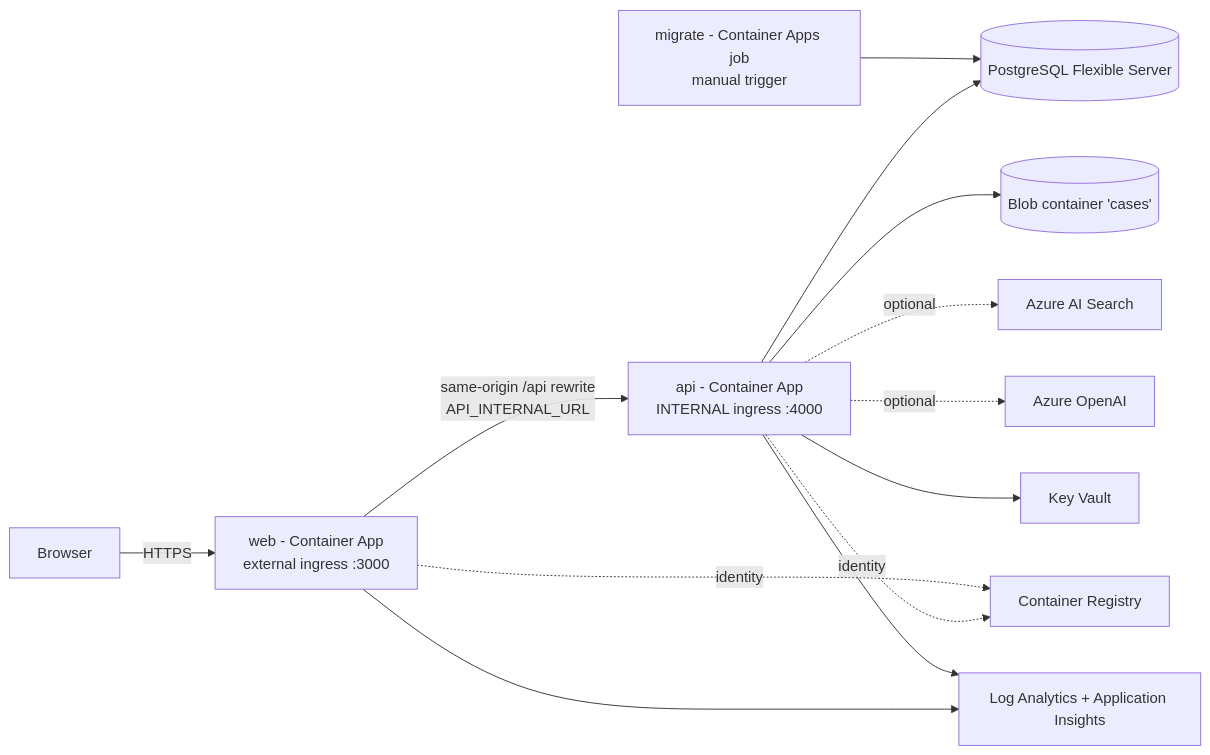
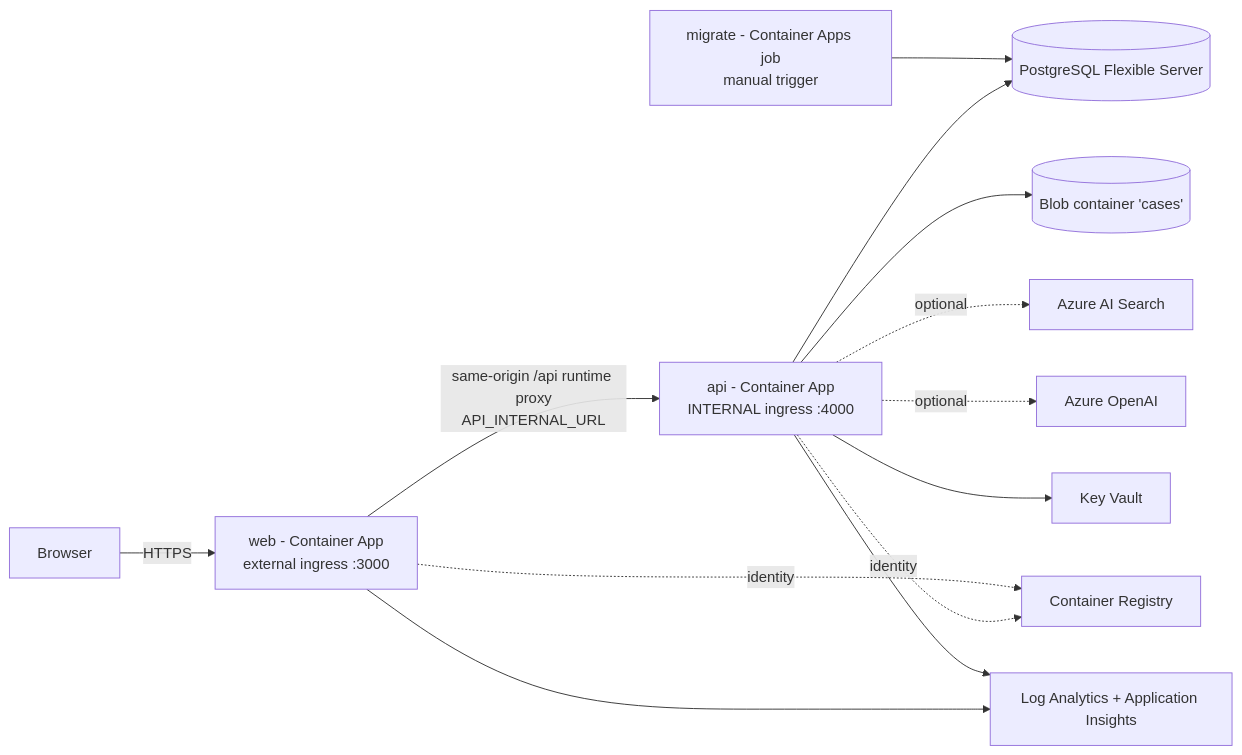
The diagram in docs/DEPLOYMENT.md (snowjug/CaseGuard-Ai), drawn with Mermaid before and after one commit. The commit also changed other lines of this file and 24 other files, not shown here.

First line of the commit message:
docs: add architecture, data model, security, privacy, AI and engine documentation

````diff
--- a/docs/DEPLOYMENT.md
+++ b/docs/DEPLOYMENT.md
@@ -24,14 +24,14 @@
 ```mermaid
 flowchart LR
   B[Browser] -->|HTTPS| W[web - Container App<br/>external ingress :3000]
-  W -->|same-origin /api rewrite<br/>API_INTERNAL_URL| A[api - Container App<br/>INTERNAL ingress :4000]
+  W -->|same-origin /api runtime proxy<br/>API_INTERNAL_URL| A[api - Container App<br/>INTERNAL ingress :4000]
   J[migrate - Container Apps job<br/>manual trigger] --> P
   A --> P[(PostgreSQL Flexible Server)]
   A --> S[(Blob container 'cases')]
   A -.->|optional| Q[Azure AI Search]
   A -.->|optional| O[Azure OpenAI]
   A --> K[Key Vault]
   W -. identity .-> R[Container Registry]
   A -. identity .-> R
   A & W --> M[Log Analytics + Application Insights]
 ```
````
